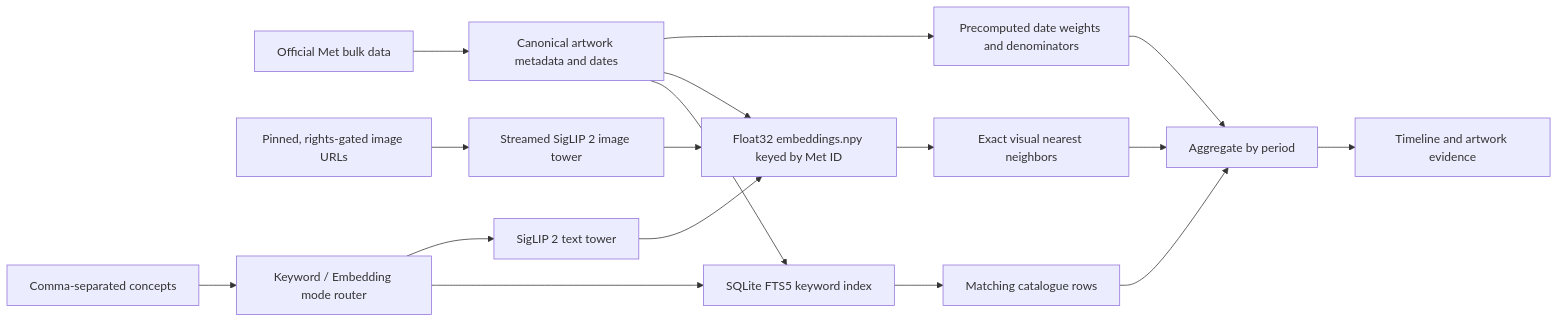
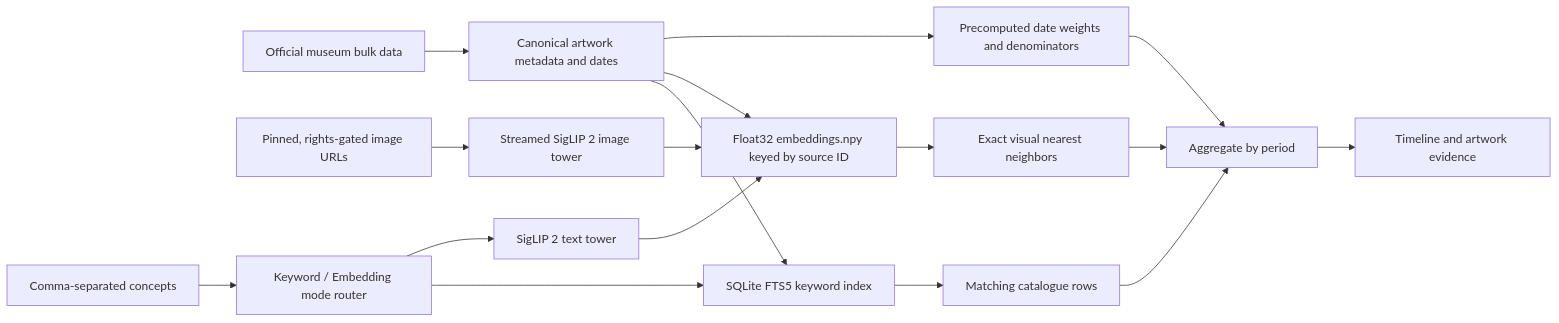
Before and after one commit to hannahsgao/mnemosyne: the diagram in README.md, drawn with Mermaid. The commit also changed other lines of this file and 46 other files, not shown here.

````diff
--- a/README.md
+++ b/README.md
@@ -197,19 +218,19 @@
 ```mermaid
 flowchart LR
-  A["Official Met bulk data"] --> B["Canonical artwork metadata and dates"]
+  A["Official museum bulk data"] --> B["Canonical artwork metadata and dates"]
   B --> C["SQLite FTS5 keyword index"]
   U["Pinned, rights-gated image URLs"] --> V["Streamed SigLIP 2 image tower"]
-  V --> W["Float32 embeddings.npy keyed by Met ID"]
+  V --> W["Float32 embeddings.npy keyed by source ID"]
   B --> W
   Q["Comma-separated concepts"] --> R["Keyword / Embedding mode router"]
   R --> C
   R --> T["SigLIP 2 text tower"]
   T --> W
   B --> D["Precomputed date weights and denominators"]
   C --> E["Matching catalogue rows"]
   W --> F["Exact visual nearest neighbors"]
   D --> G["Aggregate by period"]
   E --> G
   F --> G
   G --> H["Timeline and artwork evidence"]
 ```
````
